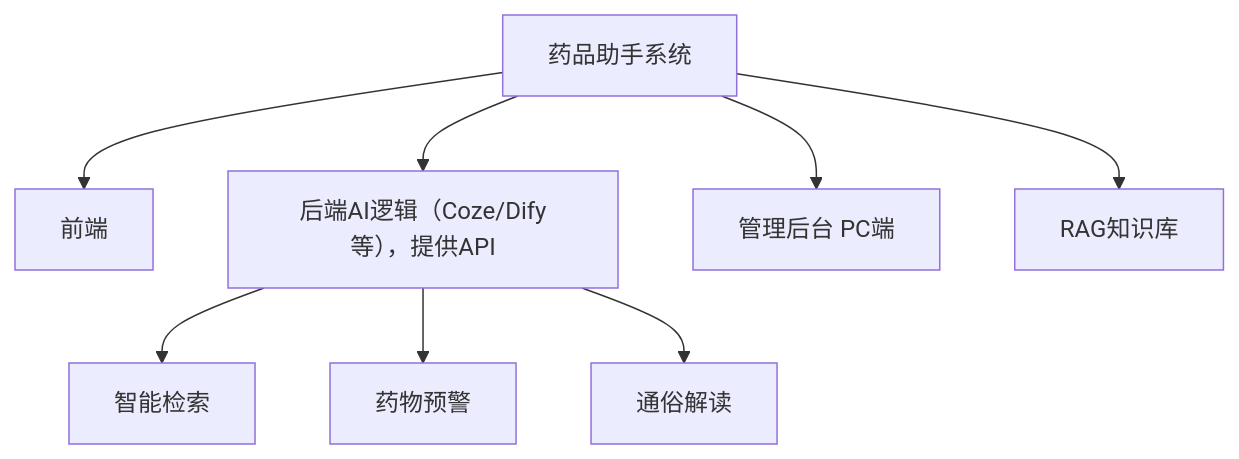
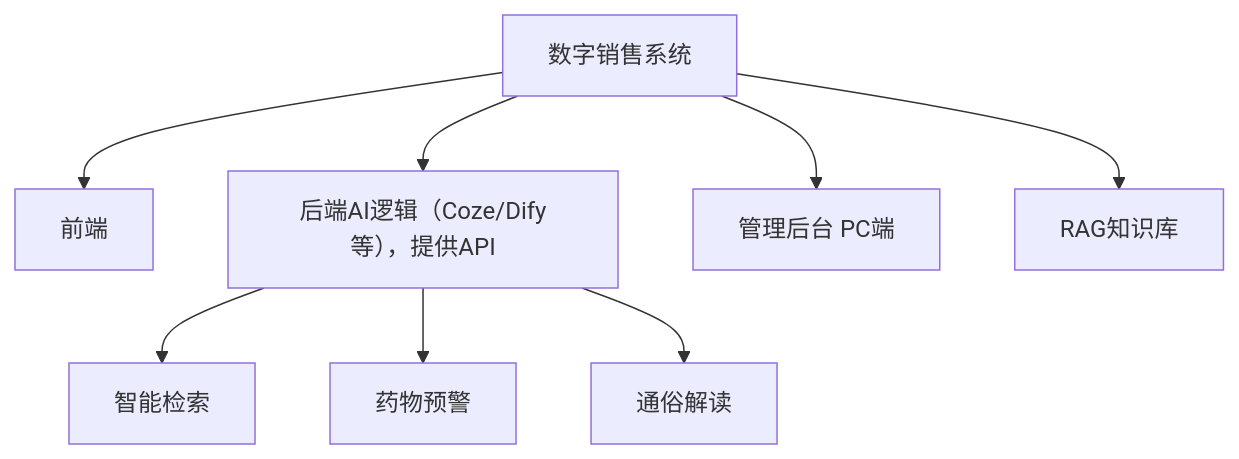
The diagram in all/未命名.md (funnyData/iodraw-files), drawn with Mermaid before and after one commit.

Commit message:
2025-02-21 15:43:05 update

````diff
--- a/all/未命名.md
+++ b/all/未命名.md
@@ -1,10 +1,10 @@
 ```mermaid
 graph TD
-    A[药品助手系统] --> B[前端]
+    A[数字销售系统] --> B[前端]
     A --> C[后端AI逻辑（Coze/Dify等），提供API]
     C --> F[智能检索]
     C --> G[药物预警]
     C --> H[通俗解读]
     A --> D[管理后台 PC端]
     A --> E[RAG知识库]
 ```
````
